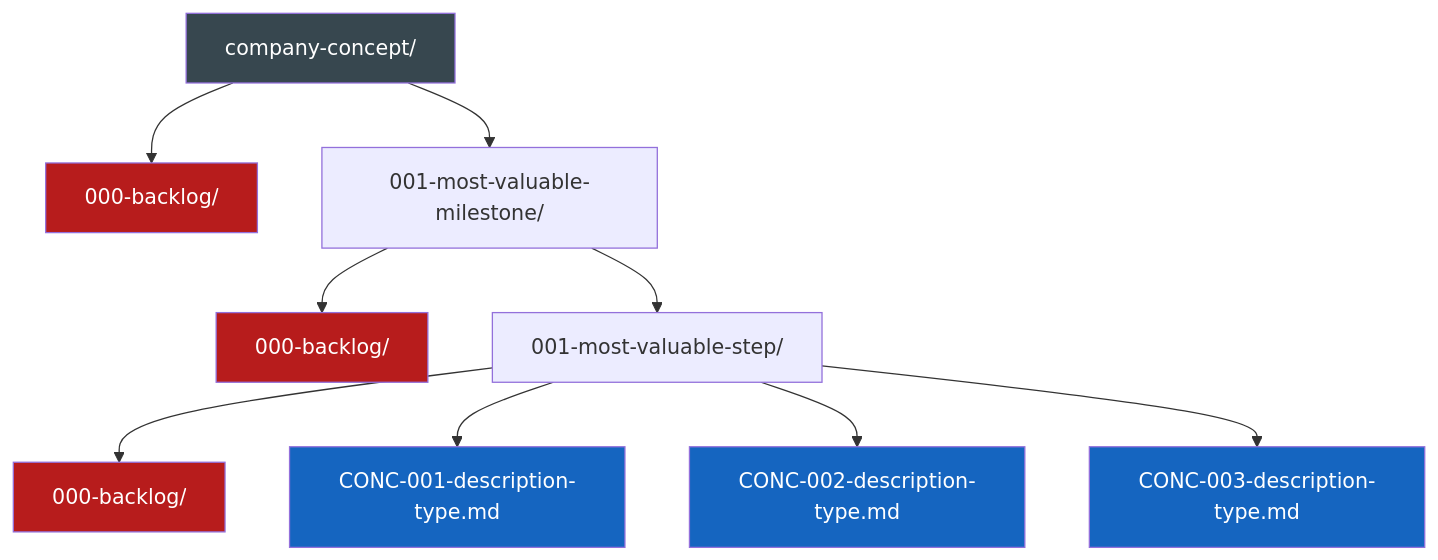
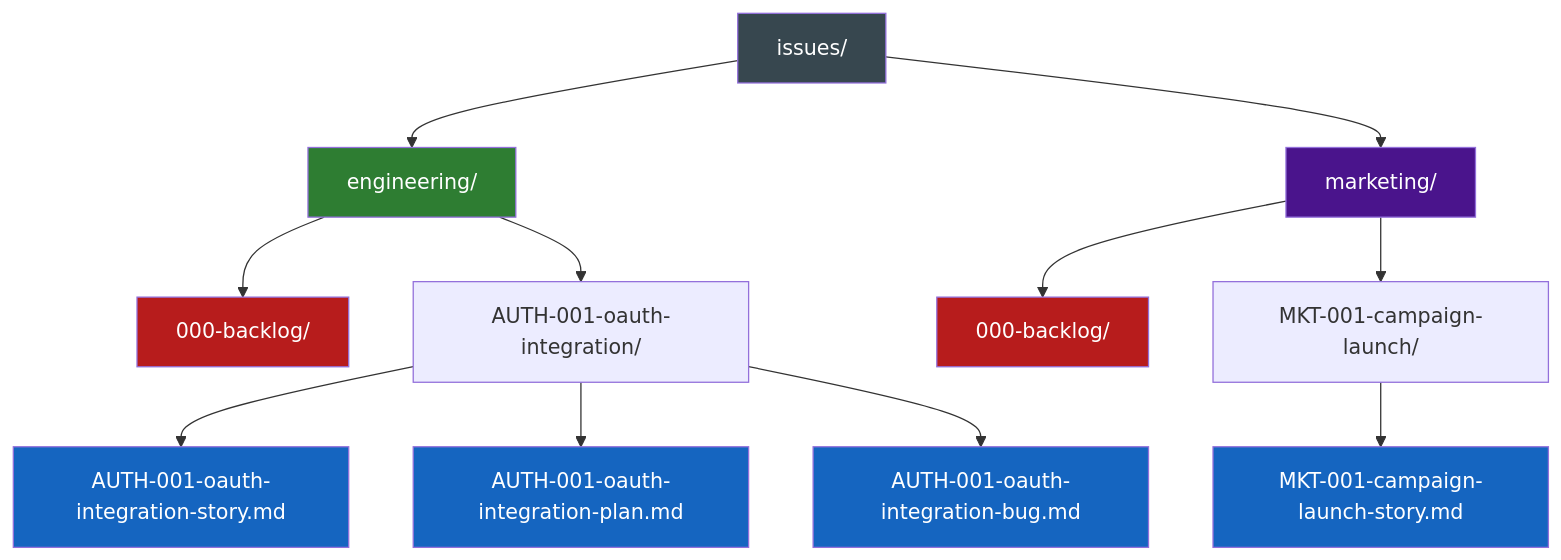
One commit to its-brianwithai/pew-pew-plx changed the first of 4 diagrams in instructions/conventions/mvpm-issue-conventions.md. Above: the diagram before and after it, drawn with Mermaid. The commit also changed other lines of this file and 5 other files, not shown here.

````diff
--- a/instructions/conventions/mvpm-issue-conventions.md
+++ b/instructions/conventions/mvpm-issue-conventions.md
@@ -30,19 +30,23 @@
 ```mermaid
 graph TD
-    A[company-concept/] --> B[000-backlog/]
-    A --> C[001-most-valuable-milestone/]
-    C --> D[000-backlog/]
-    C --> E[001-most-valuable-step/]
-    E --> F[000-backlog/]
-    E --> G[CONC-001-description-type.md]
-    E --> H[CONC-002-description-type.md]
-    E --> I[CONC-003-description-type.md]
+    A[issues/] --> B[engineering/]
+    A --> C[marketing/]
+    B --> D[000-backlog/]
+    B --> E[AUTH-001-oauth-integration/]
+    C --> F[000-backlog/]
+    C --> G[MKT-001-campaign-launch/]
+    E --> H[AUTH-001-oauth-integration-story.md]
+    E --> I[AUTH-001-oauth-integration-plan.md]
+    E --> J[AUTH-001-oauth-integration-bug.md]
+    G --> K[MKT-001-campaign-launch-story.md]
     
     style A fill:#37474f,color:#fff
-    style B fill:#b71c1c,color:#fff
+    style B fill:#2e7d32,color:#fff
+    style C fill:#4a148c,color:#fff
     style D fill:#b71c1c,color:#fff
     style F fill:#b71c1c,color:#fff
-    style G fill:#1565c0,color:#fff
     style H fill:#1565c0,color:#fff
     style I fill:#1565c0,color:#fff
+    style J fill:#1565c0,color:#fff
+    style K fill:#1565c0,color:#fff
 ```
````
